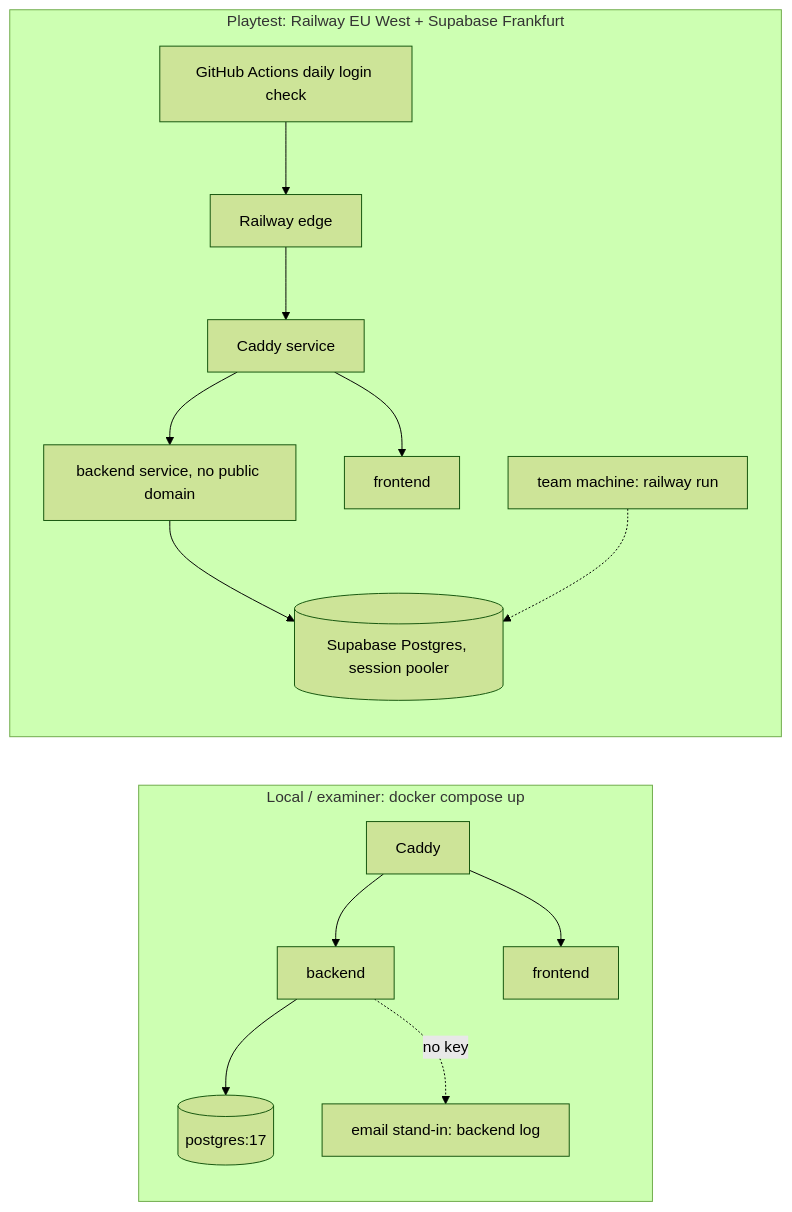
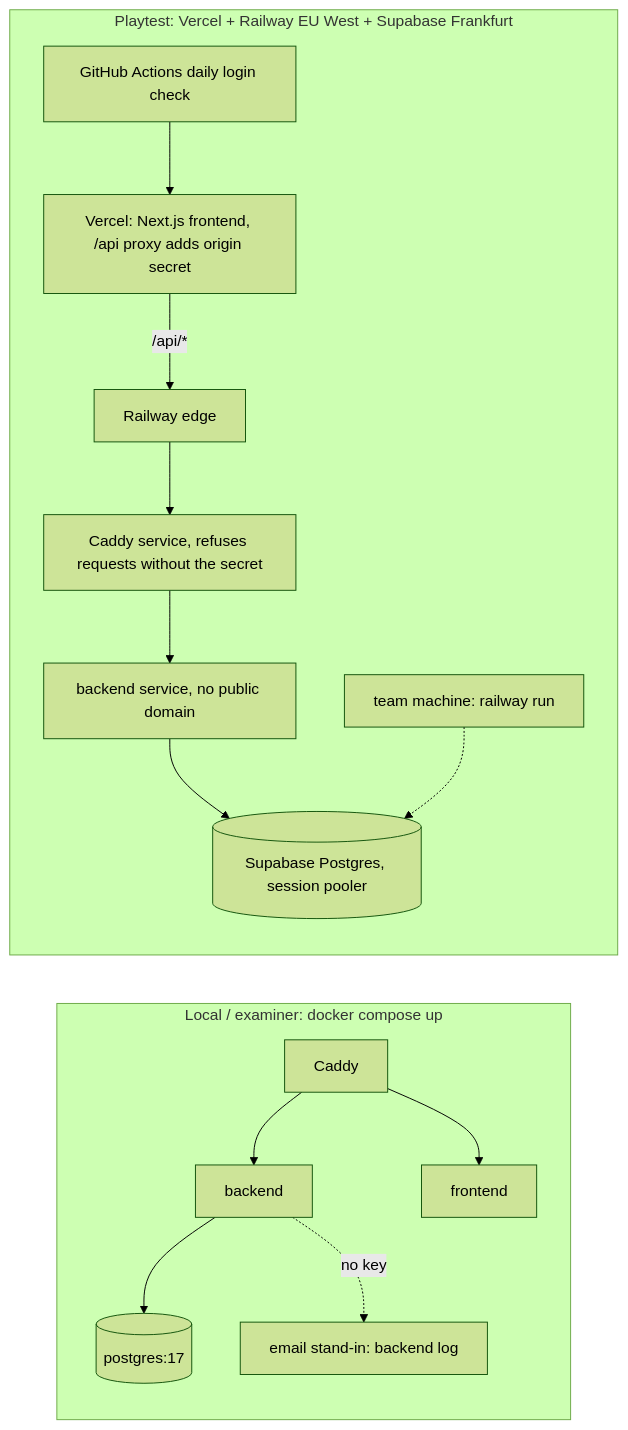
The third of 4 diagrams in .docs/planning-artifacts/architecture/architecture-IBE160-G13-2026-11-09/ARCHITECTURE-SPINE.md (IBE160-2026/G13-dahl-eggen-naess-ring), drawn with Mermaid (forest theme) before and after one commit. The commit also changed other lines of this file and 5 other files, not shown here.

First line of the commit message:
Arkitektur og PRD: frontend på Vercel, reset-lenke, spillerinfo og e-post én gang (#91, #50)

````diff
--- a/.docs/planning-artifacts/architecture/architecture-IBE160-G13-2026-11-09/ARCHITECTURE-SPINE.md
+++ b/.docs/planning-artifacts/architecture/architecture-IBE160-G13-2026-11-09/ARCHITECTURE-SPINE.md
@@ -294,17 +300,17 @@
 ```mermaid
 flowchart LR
     subgraph Local["Local / examiner: docker compose up"]
         LC[Caddy] --> LB[backend]
         LC --> LF[frontend]
         LB --> LDB[(postgres:17)]
         LB -.no key.-> LM[email stand-in: backend log]
     end
-    subgraph Playtest["Playtest: Railway EU West + Supabase Frankfurt"]
-        EDGE[Railway edge] --> RC[Caddy service]
+    subgraph Playtest["Playtest: Vercel + Railway EU West + Supabase Frankfurt"]
+        V[Vercel: Next.js frontend, /api proxy adds origin secret] -->|/api/*| EDGE[Railway edge]
+        EDGE --> RC[Caddy service, refuses requests without the secret]
         RC --> RB[backend service, no public domain]
-        RC --> RF[frontend]
         RB --> SDB[(Supabase Postgres, session pooler)]
-        GH[GitHub Actions daily login check] --> EDGE
+        GH[GitHub Actions daily login check] --> V
         OPS[team machine: railway run] -.-> SDB
     end
 ```
````
